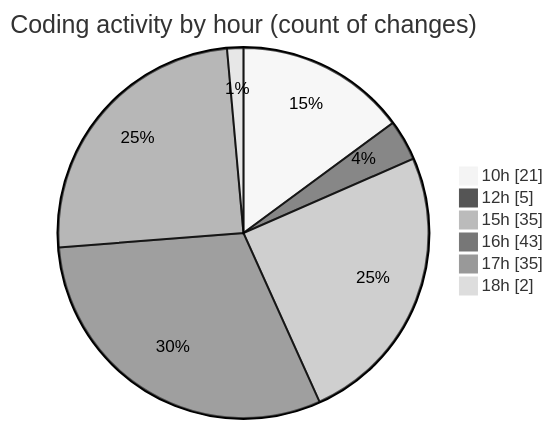
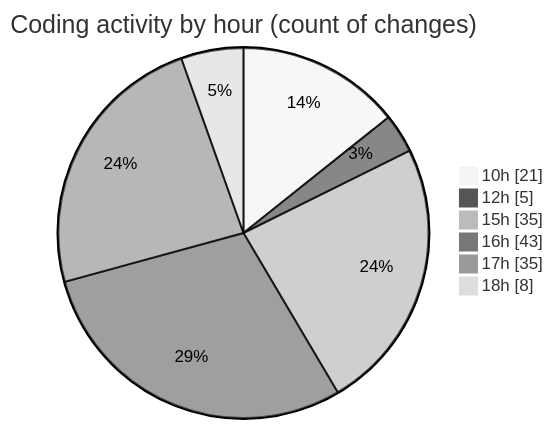
One commit to momahboobian/code-tracking changed the second of 2 diagrams in 2025-08-27/cda/README.md. Above: the diagram before and after it, drawn with Mermaid (neutral theme). The commit also changed other lines of this file and 1 other file, not shown here.

````diff
--- a/2025-08-27/cda/README.md
+++ b/2025-08-27/cda/README.md
@@ -45,10 +46,10 @@
 ```mermaid
 pie showData
 title Coding activity by hour (count of changes)
 "10h" : 21
 "12h" : 5
 "15h" : 35
 "16h" : 43
 "17h" : 35
-"18h" : 2
+"18h" : 8
 ```
````
